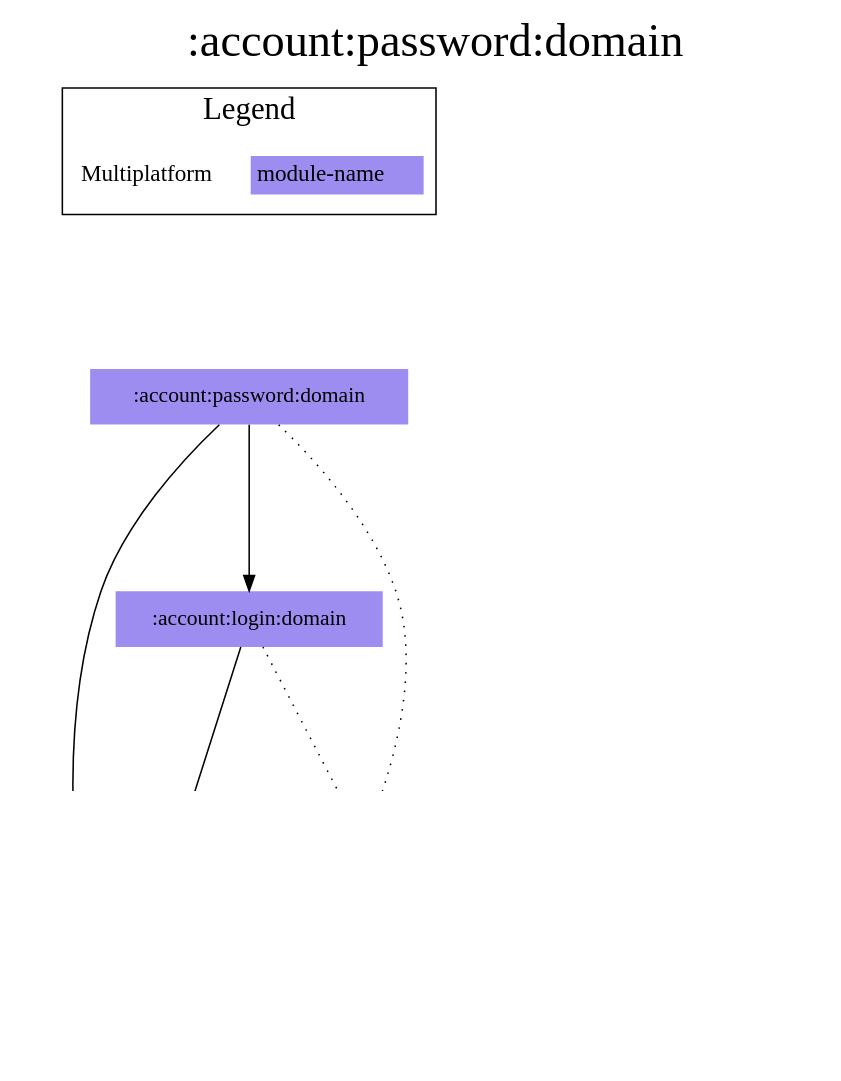
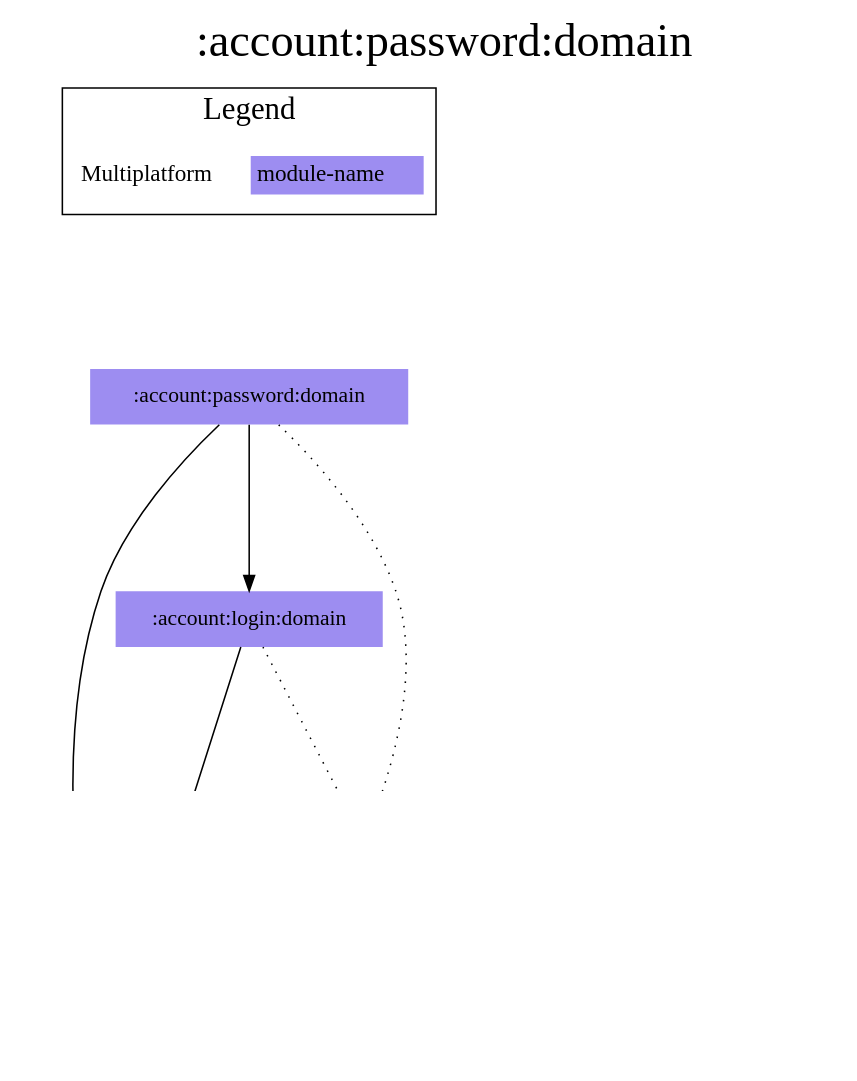
One commit to jonapoul/aktual changed the diagram in modules/account/password/domain/modules.dot. Above: the diagram before and after it, drawn with Graphviz. The commit also changed 96 other files, not shown here.

Commit message:
url:model -> core:model

```diff
--- a/modules/account/password/domain/modules.dot
+++ b/modules/account/password/domain/modules.dot
@@ -1,34 +1,34 @@
 digraph {
 edge ["dir"="forward"]
 graph ["dpi"="100","label"=":account:password:domain","labelloc"="t","fontsize"="30","ranksep"="1.5","rankdir"="TB"]
 node ["style"="filled"]
 ":account:login:domain" ["fillcolor"="#9D8DF1","shape"="none"]
 ":account:model" ["fillcolor"="#9D8DF1","shape"="none"]
 ":account:password:domain" ["fillcolor"="#9D8DF1","shape"="none"]
 ":api:actual" ["fillcolor"="#9D8DF1","shape"="none"]
 ":budget:model" ["fillcolor"="#9D8DF1","shape"="none"]
 ":codegen:annotation" ["fillcolor"="#9D8DF1","shape"="none"]
-":url:model" ["fillcolor"="#9D8DF1","shape"="none"]
+":core:model" ["fillcolor"="#9D8DF1","shape"="none"]
 {
 edge ["dir"="none"]
 graph ["rank"="same"]
 }
 ":account:login:domain" -> ":account:model"
 ":account:login:domain" -> ":api:actual" ["style"="dotted"]
 ":account:password:domain" -> ":account:login:domain"
 ":account:password:domain" -> ":account:model"
 ":account:password:domain" -> ":api:actual" ["style"="dotted"]
 ":api:actual" -> ":account:model"
 ":api:actual" -> ":budget:model"
 ":api:actual" -> ":codegen:annotation" ["style"="dotted"]
-":api:actual" -> ":url:model"
+":api:actual" -> ":core:model"
 subgraph "cluster_legend" {
 edge ["dir"="none"]
 graph ["label"="Legend","fontsize"="20"]
 "Legend" ["style"="filled","fillcolor"="#FFFFFF","shape"="none","margin"="0","fontsize"="15","label"=<
 <TABLE BORDER="0" CELLBORDER="0" CELLSPACING="0" CELLPADDING="4">
 <TR><TD>Multiplatform</TD><TD BGCOLOR="#9D8DF1">module-name</TD></TR>
 </TABLE>
 >]
 } -> ":account:password:domain" ["style"="invis"]
 }
```
